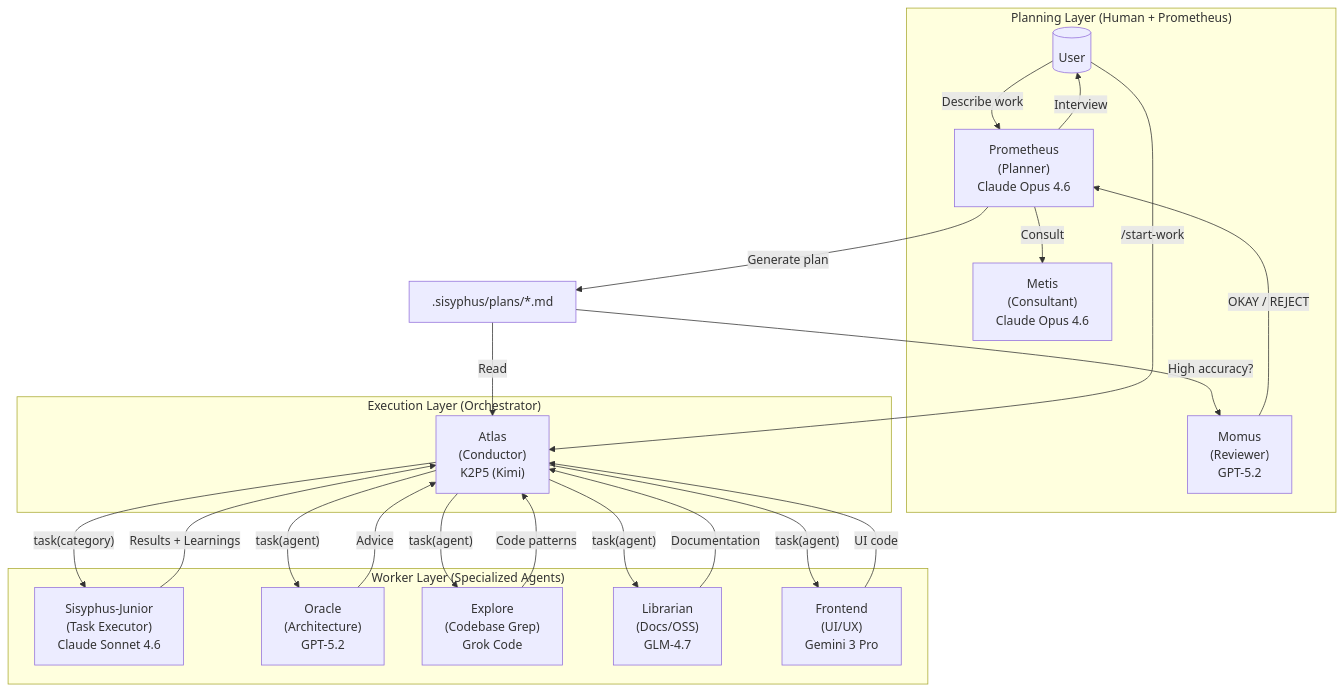
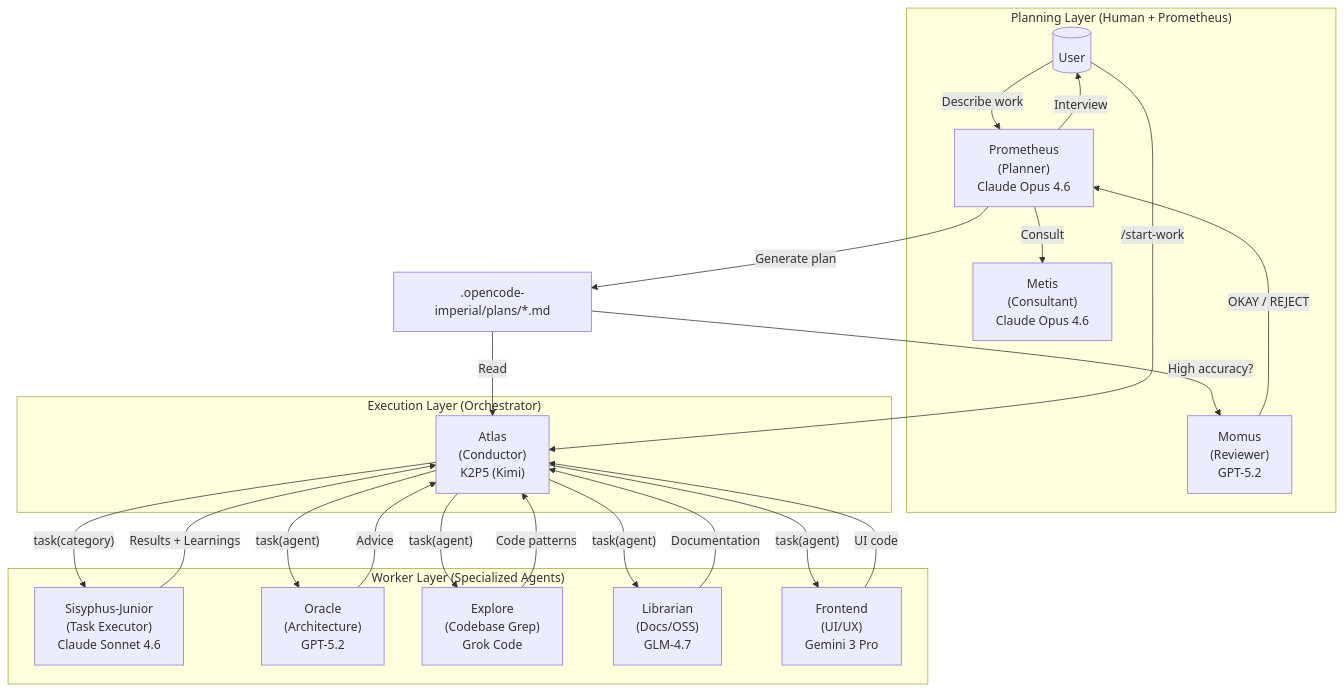
Before and after one commit to ShellMonster/OpenCode-Imperial: the first of 3 diagrams in docs/guide/orchestration.md, drawn with Mermaid. The commit also changed other lines of this file and 29 other files, not shown here.

Commit message:
Migrate planning artifacts to opencode-imperial

````diff
--- a/docs/guide/orchestration.md
+++ b/docs/guide/orchestration.md
@@ -38,43 +38,43 @@
 ```mermaid
 flowchart TB
     subgraph Planning["Planning Layer (Human + Prometheus)"]
         User[(" User")]
         Prometheus[" Prometheus<br/>(Planner)<br/>Claude Opus 4.6"]
         Metis[" Metis<br/>(Consultant)<br/>Claude Opus 4.6"]
         Momus[" Momus<br/>(Reviewer)<br/>GPT-5.2"]
     end
     
     subgraph Execution["Execution Layer (Orchestrator)"]
         Orchestrator[" Atlas<br/>(Conductor)<br/>K2P5 (Kimi)"]
     end
     
     subgraph Workers["Worker Layer (Specialized Agents)"]
         Junior[" Sisyphus-Junior<br/>(Task Executor)<br/>Claude Sonnet 4.6"]
         Oracle[" Oracle<br/>(Architecture)<br/>GPT-5.2"]
         Explore[" Explore<br/>(Codebase Grep)<br/>Grok Code"]
         Librarian[" Librarian<br/>(Docs/OSS)<br/>GLM-4.7"]
         Frontend[" Frontend<br/>(UI/UX)<br/>Gemini 3 Pro"]
     end
     
     User -->|"Describe work"| Prometheus
     Prometheus -->|"Consult"| Metis
     Prometheus -->|"Interview"| User
-    Prometheus -->|"Generate plan"| Plan[".sisyphus/plans/*.md"]
+    Prometheus -->|"Generate plan"| Plan[".opencode-imperial/plans/*.md"]
     Plan -->|"High accuracy?"| Momus
     Momus -->|"OKAY / REJECT"| Prometheus
     
     User -->|"/start-work"| Orchestrator
     Plan -->|"Read"| Orchestrator
     
     Orchestrator -->|"task(category)"| Junior
     Orchestrator -->|"task(agent)"| Oracle
     Orchestrator -->|"task(agent)"| Explore
     Orchestrator -->|"task(agent)"| Librarian
     Orchestrator -->|"task(agent)"| Frontend
     
     Junior -->|"Results + Learnings"| Orchestrator
     Oracle -->|"Advice"| Orchestrator
     Explore -->|"Code patterns"| Orchestrator
     Librarian -->|"Documentation"| Orchestrator
     Frontend -->|"UI code"| Orchestrator
 ```
````
